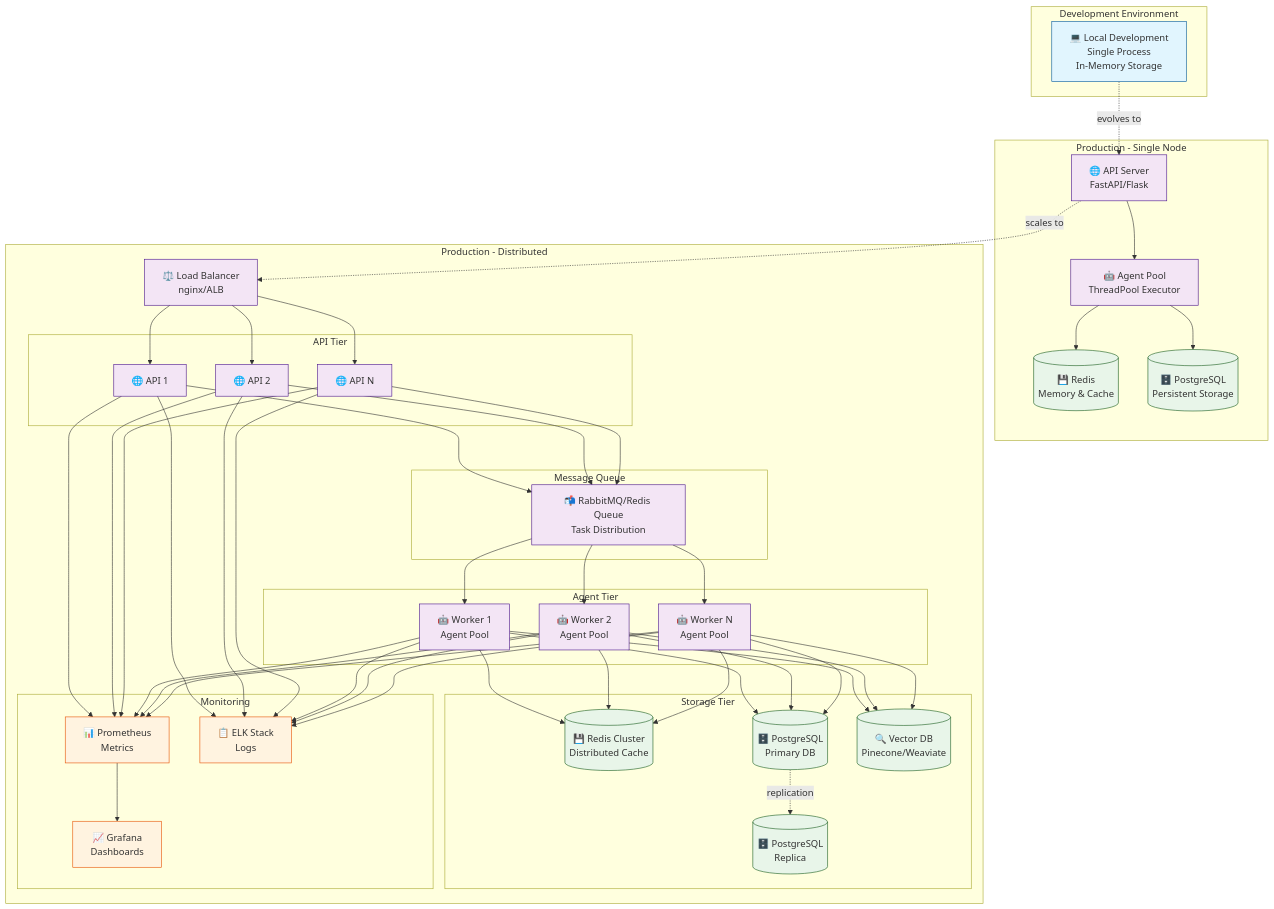
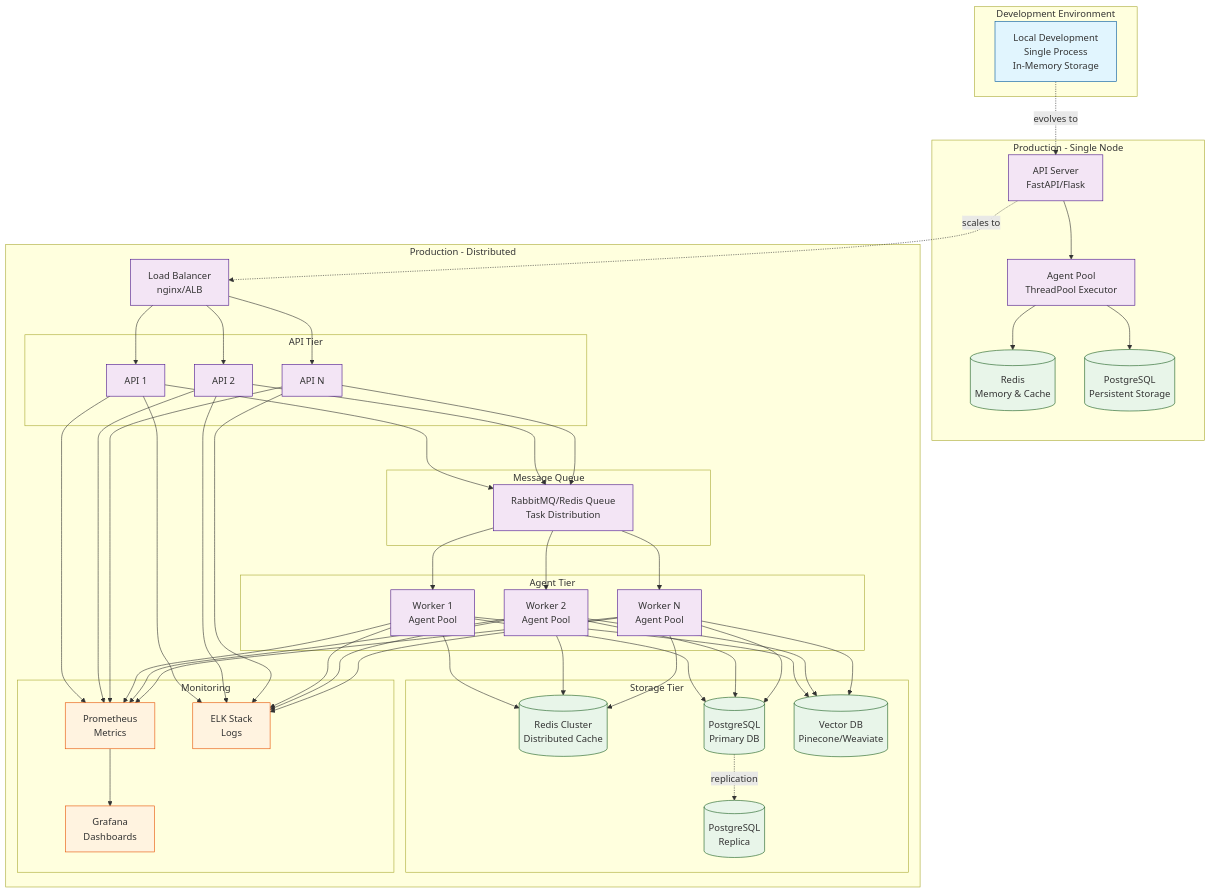
Before and after one commit to isathish/agenticaiframework: the fourth of 8 diagrams in docs/architecture.md, drawn with Mermaid. The commit also changed other lines of this file and 93 other files, not shown here.

````diff
--- a/docs/architecture.md
+++ b/docs/architecture.md
@@ -410,79 +410,79 @@
 ```mermaid
 graph TB
     subgraph "Development Environment"
-        DEV["💻 Local Development<br/>Single Process<br/>In-Memory Storage"]
+        DEV[" Local Development<br/>Single Process<br/>In-Memory Storage"]
     end
-    
+
     subgraph "Production - Single Node"
-        API1["🌐 API Server<br/>FastAPI/Flask"]
-        AGENT1["🤖 Agent Pool<br/>ThreadPool Executor"]
-        REDIS1[("💾 Redis<br/>Memory & Cache")]
-        DB1[("🗄️ PostgreSQL<br/>Persistent Storage")]
-        
+        API1[" API Server<br/>FastAPI/Flask"]
+        AGENT1[" Agent Pool<br/>ThreadPool Executor"]
+        REDIS1[(" Redis<br/>Memory & Cache")]
+        DB1[(" PostgreSQL<br/>Persistent Storage")]
+
         API1 --> AGENT1
         AGENT1 --> REDIS1
         AGENT1 --> DB1
     end
-    
+
     subgraph "Production - Distributed"
-        LB["⚖️ Load Balancer<br/>nginx/ALB"]
-        
+        LB[" Load Balancer<br/>nginx/ALB"]
+
         subgraph "API Tier"
-            API2["🌐 API 1"]
-            API3["🌐 API 2"]
-            API4["🌐 API N"]
+            API2[" API 1"]
+            API3[" API 2"]
+            API4[" API N"]
         end
-        
+
         subgraph "Agent Tier"
-            WORKER1["🤖 Worker 1<br/>Agent Pool"]
-            WORKER2["🤖 Worker 2<br/>Agent Pool"]
-            WORKER3["🤖 Worker N<br/>Agent Pool"]
+            WORKER1[" Worker 1<br/>Agent Pool"]
+            WORKER2[" Worker 2<br/>Agent Pool"]
+            WORKER3[" Worker N<br/>Agent Pool"]
         end
-        
+
         subgraph "Message Queue"
-            MQ["📬 RabbitMQ/Redis Queue<br/>Task Distribution"]
+            MQ[" RabbitMQ/Redis Queue<br/>Task Distribution"]
         end
-        
+
         subgraph "Storage Tier"
-            REDIS2[("💾 Redis Cluster<br/>Distributed Cache")]
-            DB2[("🗄️ PostgreSQL<br/>Primary DB")]
-            DB3[("🗄️ PostgreSQL<br/>Replica")]
-            VECTOR[("🔍 Vector DB<br/>Pinecone/Weaviate")]
+            REDIS2[(" Redis Cluster<br/>Distributed Cache")]
+            DB2[(" PostgreSQL<br/>Primary DB")]
+            DB3[(" PostgreSQL<br/>Replica")]
+            VECTOR[(" Vector DB<br/>Pinecone/Weaviate")]
         end
-        
+
         subgraph "Monitoring"
-            PROM["📊 Prometheus<br/>Metrics"]
-            GRAF["📈 Grafana<br/>Dashboards"]
-            ELK["📋 ELK Stack<br/>Logs"]
+            PROM[" Prometheus<br/>Metrics"]
+            GRAF[" Grafana<br/>Dashboards"]
+            ELK[" ELK Stack<br/>Logs"]
         end
-        
+
         LB --> API2 & API3 & API4
         API2 & API3 & API4 --> MQ
         MQ --> WORKER1 & WORKER2 & WORKER3
         WORKER1 & WORKER2 & WORKER3 --> REDIS2
         WORKER1 & WORKER2 & WORKER3 --> DB2
         DB2 -."replication".-> DB3
         WORKER1 & WORKER2 & WORKER3 --> VECTOR
-        
+
         API2 & API3 & API4 --> PROM
         WORKER1 & WORKER2 & WORKER3 --> PROM
         PROM --> GRAF
         API2 & API3 & API4 --> ELK
         WORKER1 & WORKER2 & WORKER3 --> ELK
     end
-    
+
     DEV -."evolves to".-> API1
     API1 -."scales to".-> LB
-    
+
     classDef dev fill:#e1f5fe,stroke:#01579b
     classDef prod fill:#f3e5f5,stroke:#4a148c
     classDef storage fill:#e8f5e9,stroke:#1b5e20
     classDef monitor fill:#fff3e0,stroke:#e65100
-    
+
     class DEV dev
     class API1,AGENT1 prod
     class REDIS1,DB1 storage
     class LB,API2,API3,API4,WORKER1,WORKER2,WORKER3,MQ prod
     class REDIS2,DB2,DB3,VECTOR storage
     class PROM,GRAF,ELK monitor
 ```
````
